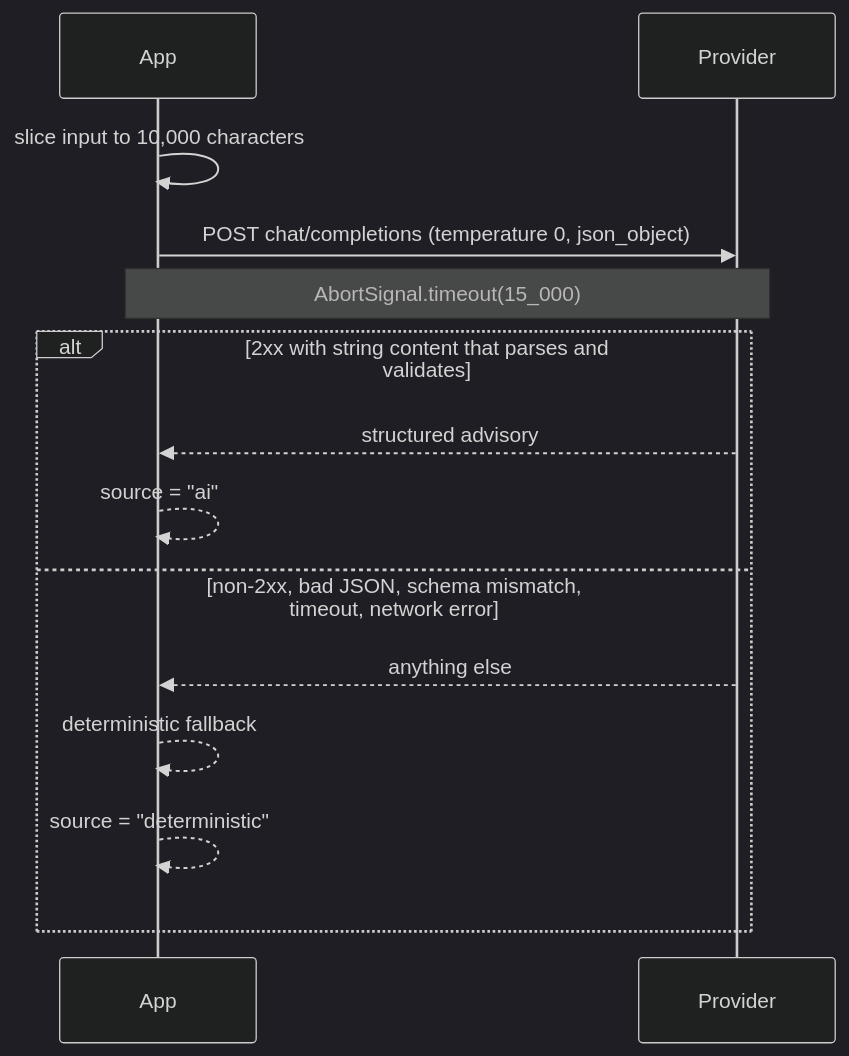
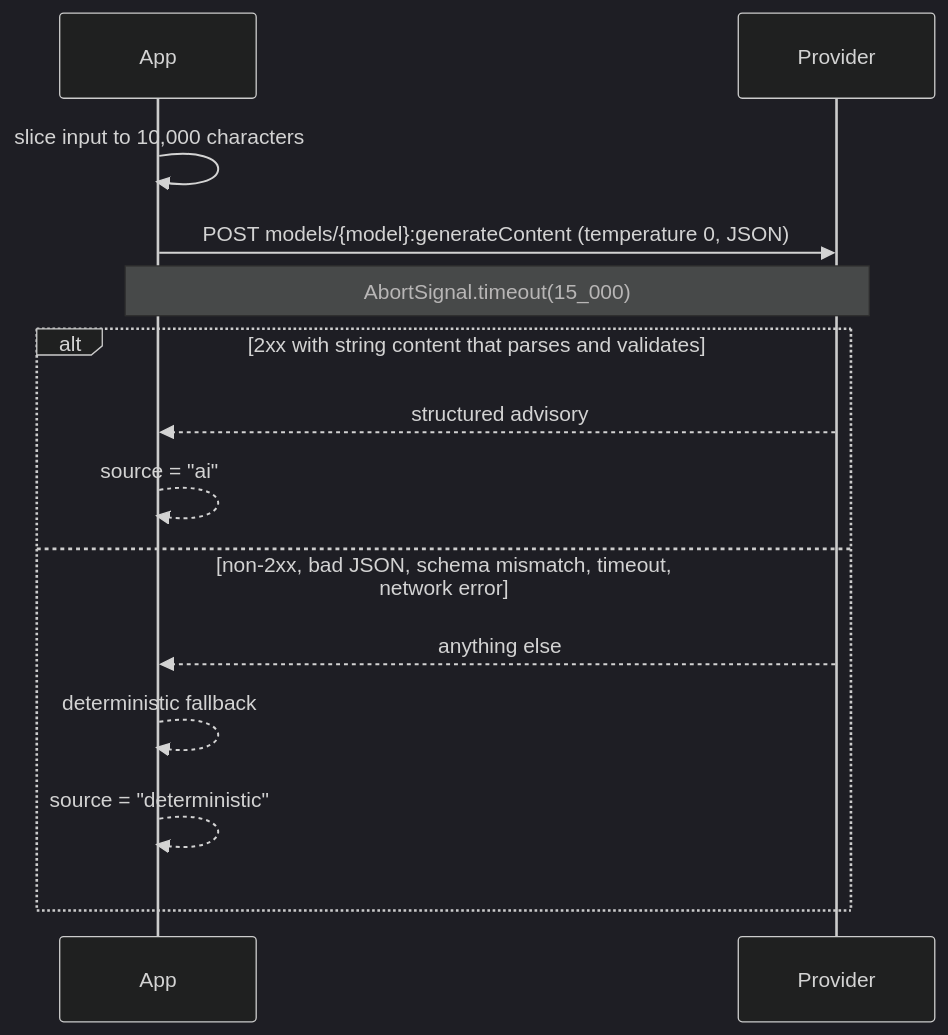
Before and after one commit to the-nidhi-bhat/fairhold: the first of 2 diagrams in AI_DESIGN.md, drawn with Mermaid (dark theme). The commit also changed other lines of this file and 4 other files, not shown here.

````diff
--- a/AI_DESIGN.md
+++ b/AI_DESIGN.md
@@ -28,16 +28,16 @@
 ```mermaid
 sequenceDiagram
     participant App
     participant P as Provider
     App->>App: slice input to 10,000 characters
-    App->>P: POST chat/completions (temperature 0, json_object)
+    App->>P: POST models/{model}:generateContent (temperature 0, JSON)
     Note over App,P: AbortSignal.timeout(15_000)
     alt 2xx with string content that parses and validates
         P-->>App: structured advisory
         App-->>App: source = "ai"
     else non-2xx, bad JSON, schema mismatch, timeout, network error
         P-->>App: anything else
         App-->>App: deterministic fallback
         App-->>App: source = "deterministic"
     end
 ```
````
